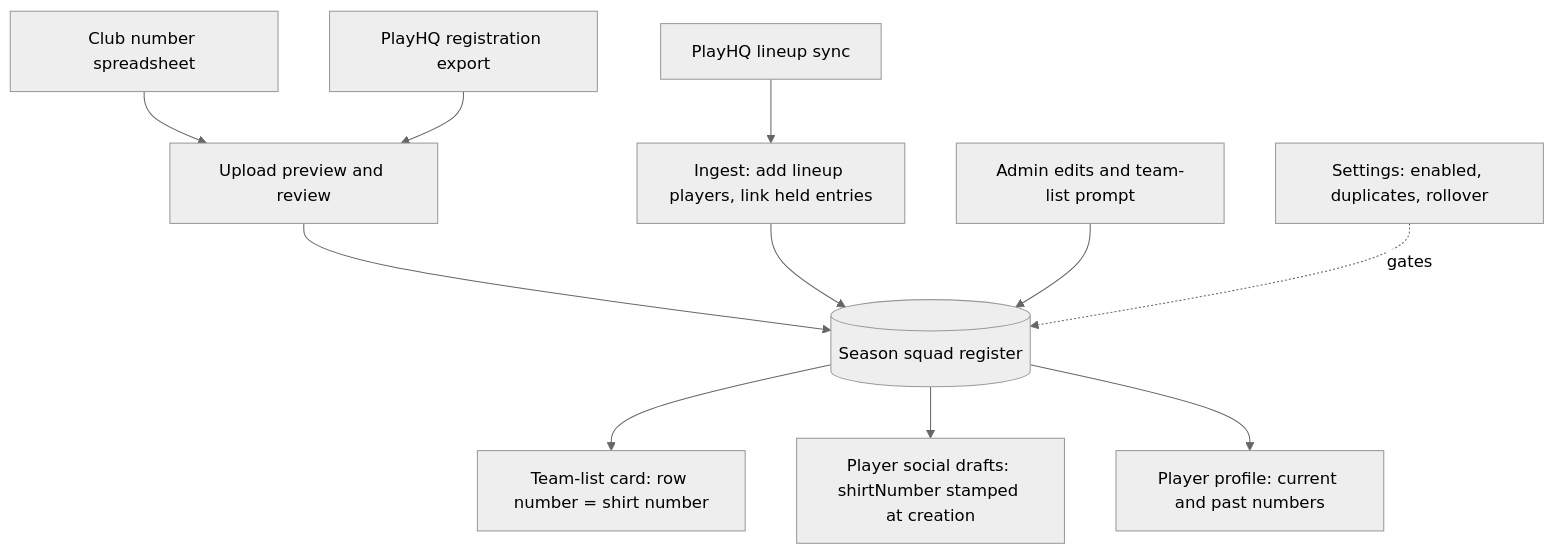
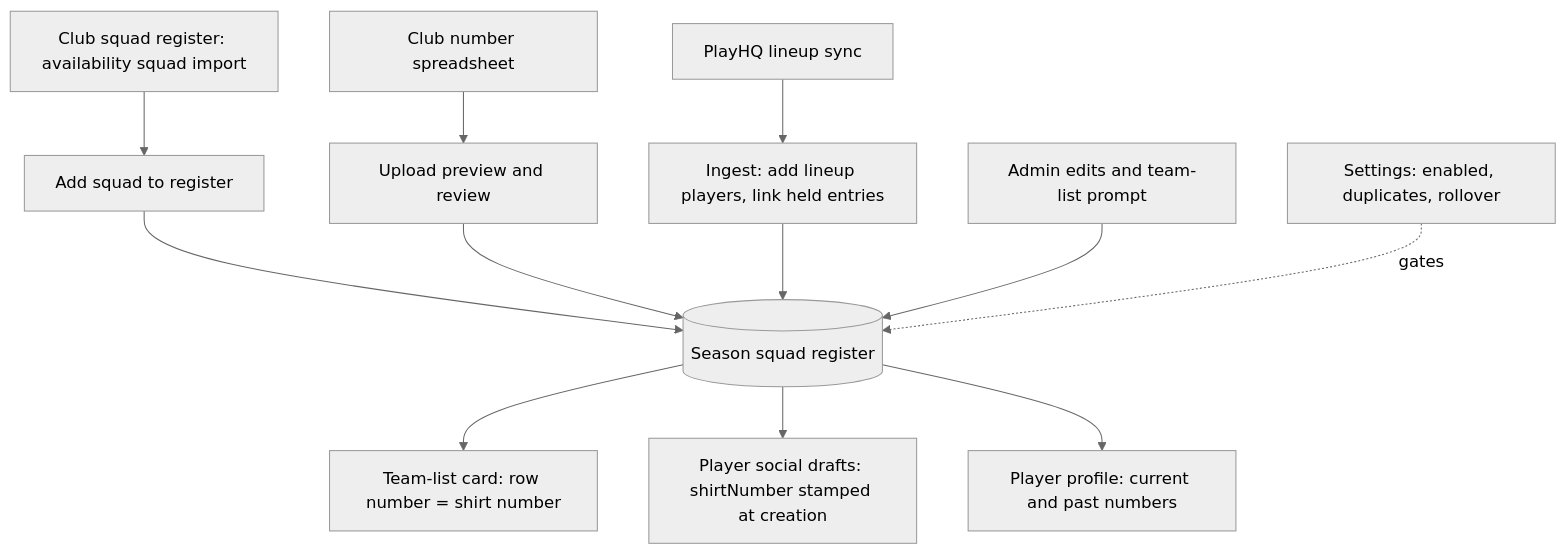
Before and after one commit to AWyborn2/Ovation: the first of 2 diagrams in docs/plans/2026-10-06-001-feat-season-shirt-numbers-plan.md, drawn with Mermaid (neutral theme). The commit also changed other lines of this file and 41 other files, not shown here.

First line of the commit message:
feat(shirt-numbers): seed the register from the club squad register; fix API test failures

````diff
--- a/docs/plans/2026-10-06-001-feat-season-shirt-numbers-plan.md
+++ b/docs/plans/2026-10-06-001-feat-season-shirt-numbers-plan.md
@@ -185,13 +185,14 @@
 ```mermaid
 flowchart TB
   S1[Club number spreadsheet] --> UP[Upload preview and review]
-  S2[PlayHQ registration export] --> UP
+  S2[Club squad register: availability squad import] --> SQ[Add squad to register]
+  SQ --> REG
   S3[PlayHQ lineup sync] --> ING[Ingest: add lineup players, link held entries]
   UP --> REG[(Season squad register)]
   ING --> REG
   ADM[Admin edits and team-list prompt] --> REG
   SET[Settings: enabled, duplicates, rollover] -.gates.-> REG
   REG --> TL[Team-list card: row number = shirt number]
   REG --> DR[Player social drafts: shirtNumber stamped at creation]
   REG --> PR[Player profile: current and past numbers]
 ```
````
